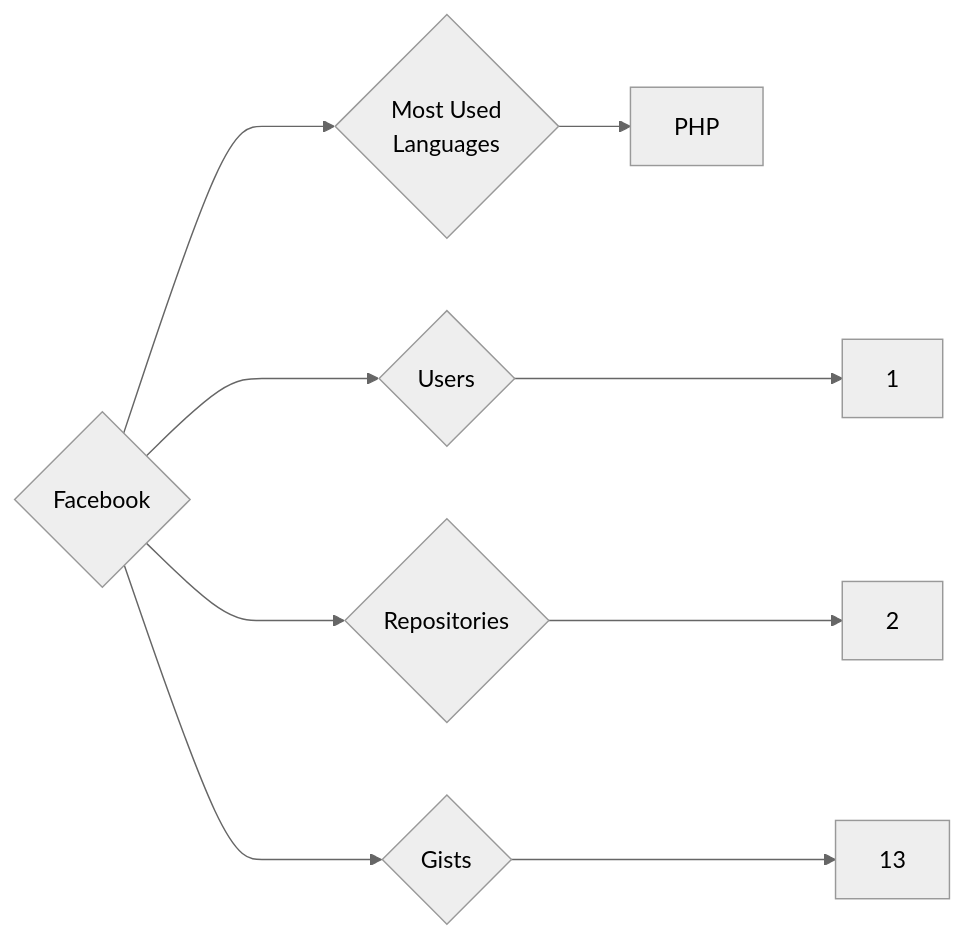
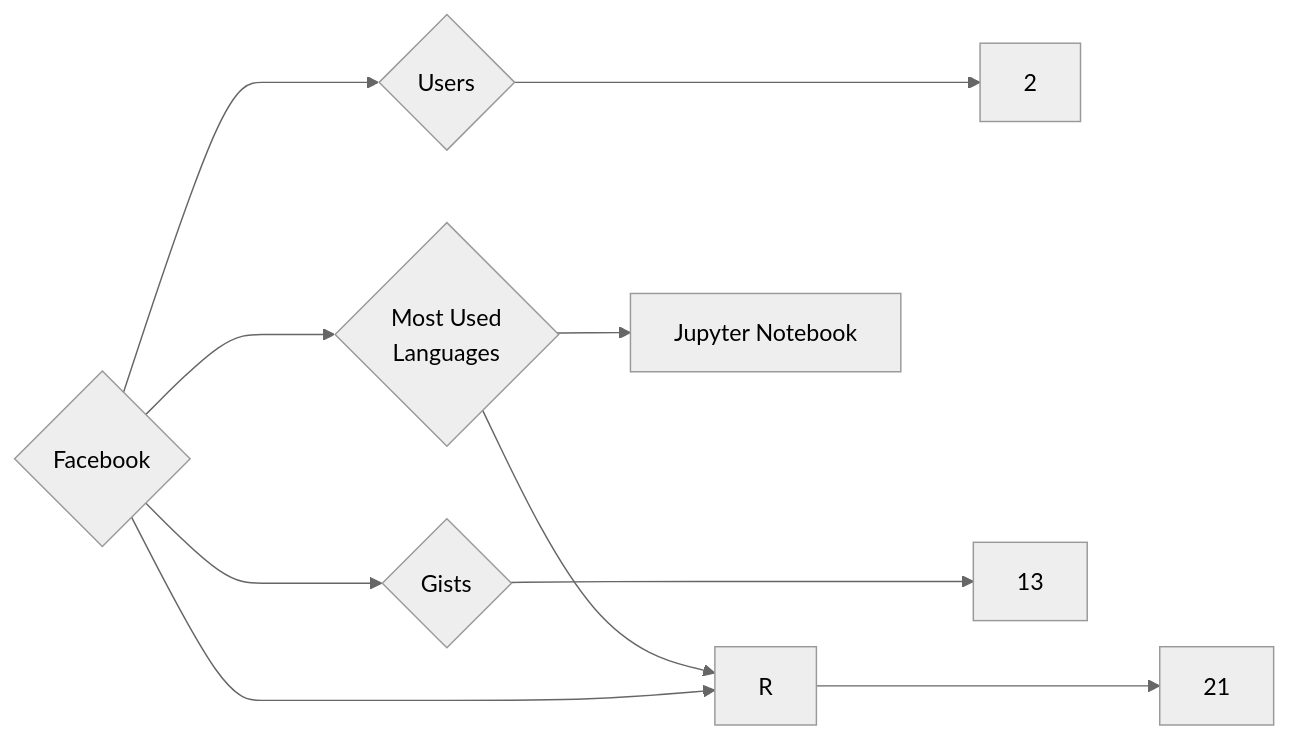
One commit to trickest/insiders changed the diagram in targets/Facebook/README.md. Above: the diagram before and after it, drawn with Mermaid (neutral theme). The commit also changed 1088 other files, not shown here.

````diff
--- a/targets/Facebook/README.md
+++ b/targets/Facebook/README.md
@@ -3,9 +3,10 @@
 ```mermaid
 graph LR
 COMPANY_NAME{Facebook}
-COMPANY_NAME ---> U{Users} ---> UN[1]
-COMPANY_NAME ---> R{Repositories} ---> RN[2]
+COMPANY_NAME ---> U{Users} ---> UN[2]
+COMPANY_NAME ---> R{Repositories} ---> RN[21]
 COMPANY_NAME ---> G{Gists} ---> GN[13]
 COMPANY_NAME ---> ML{Most Used<br>Languages}
-ML --> PHP[PHP]
+ML --> Jupyter_Notebook[Jupyter Notebook]
+ML --> R[R]
 ```
````
